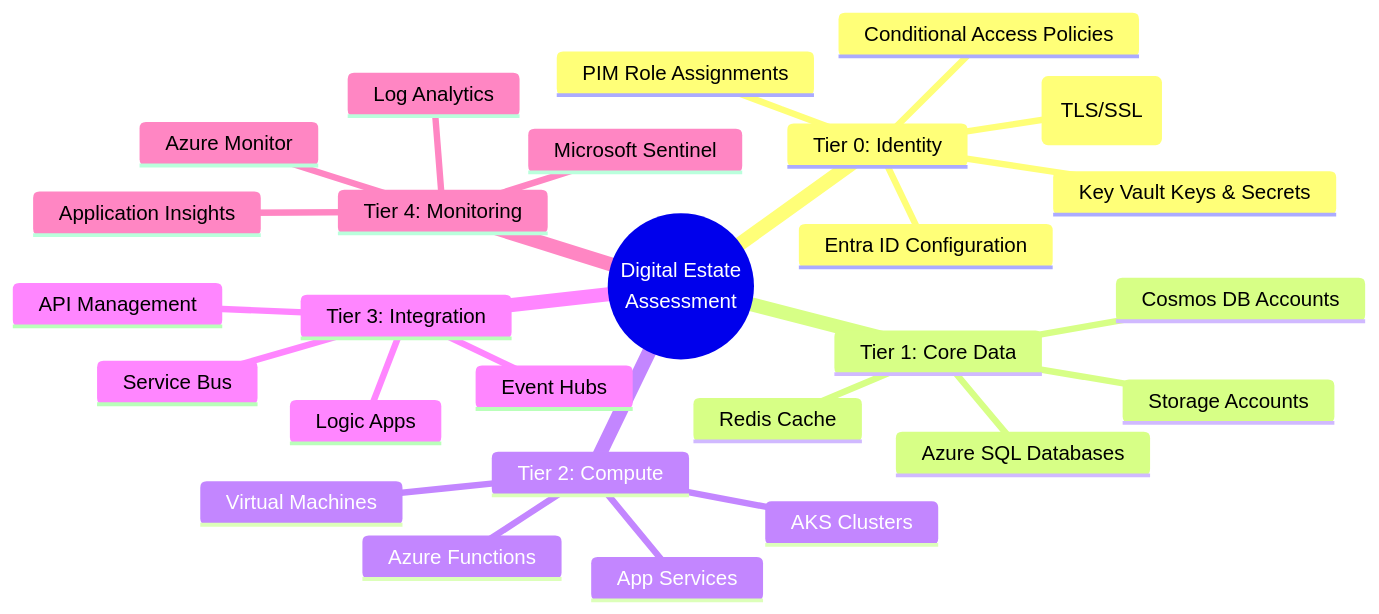
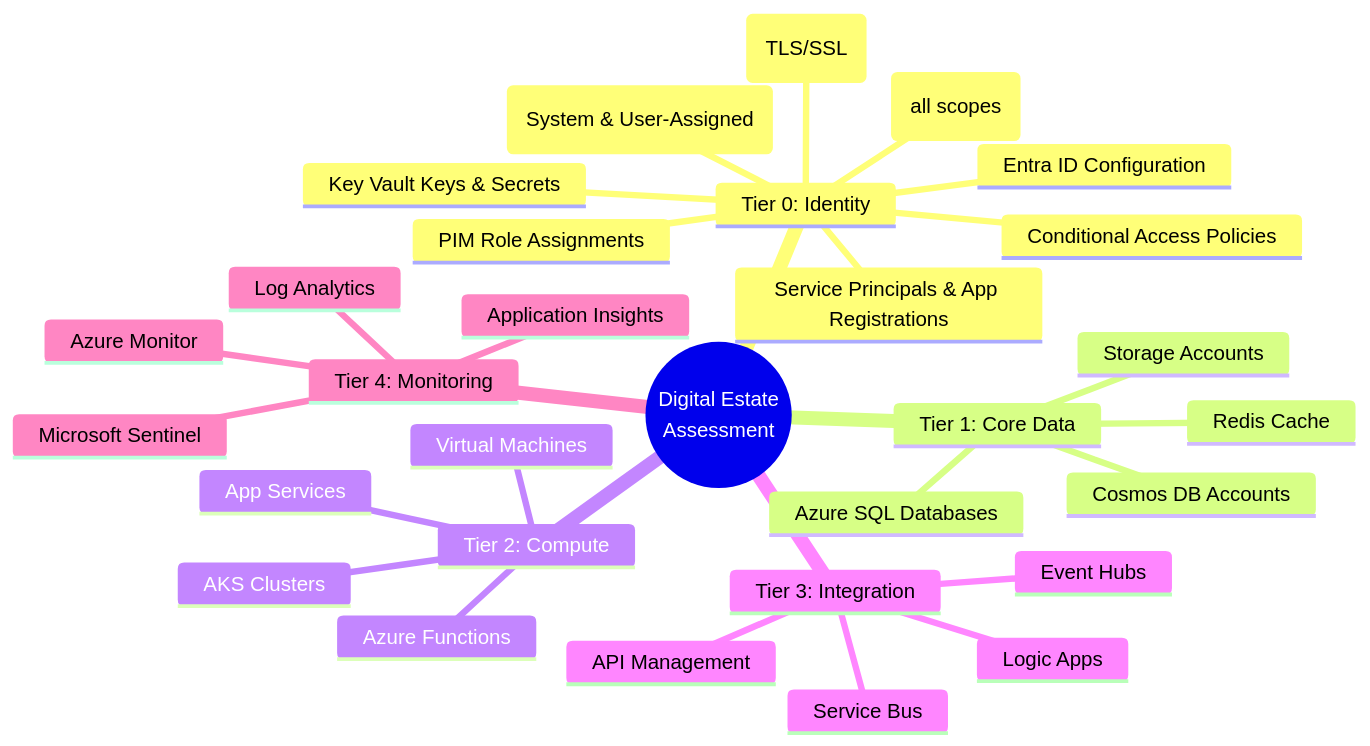
Before and after one commit to shaleen-wonder-ent/user-guides: the second of 17 diagrams in Azure_Entra_Level_Resiliency_architecture.md, drawn with Mermaid. The commit also changed other lines of this file, not shown here.

````diff
--- a/Azure_Entra_Level_Resiliency_architecture.md
+++ b/Azure_Entra_Level_Resiliency_architecture.md
@@ -149,30 +163,33 @@
 ```mermaid
 mindmap
   root((Digital Estate<br/>Assessment))
     Tier 0: Identity
       Entra ID Configuration
       Key Vault Keys & Secrets
       Certificates (TLS/SSL)
       Conditional Access Policies
       PIM Role Assignments
+      Service Principals & App Registrations
+      Managed Identities (System & User-Assigned)
+      RBAC Role Assignments (all scopes)
     Tier 1: Core Data
       Azure SQL Databases
       Cosmos DB Accounts
       Storage Accounts
       Redis Cache
     Tier 2: Compute
       AKS Clusters
       Virtual Machines
       App Services
       Azure Functions
     Tier 3: Integration
       API Management
       Service Bus
       Event Hubs
       Logic Apps
     Tier 4: Monitoring
       Azure Monitor
       Microsoft Sentinel
       Log Analytics
       Application Insights
 ```
````
